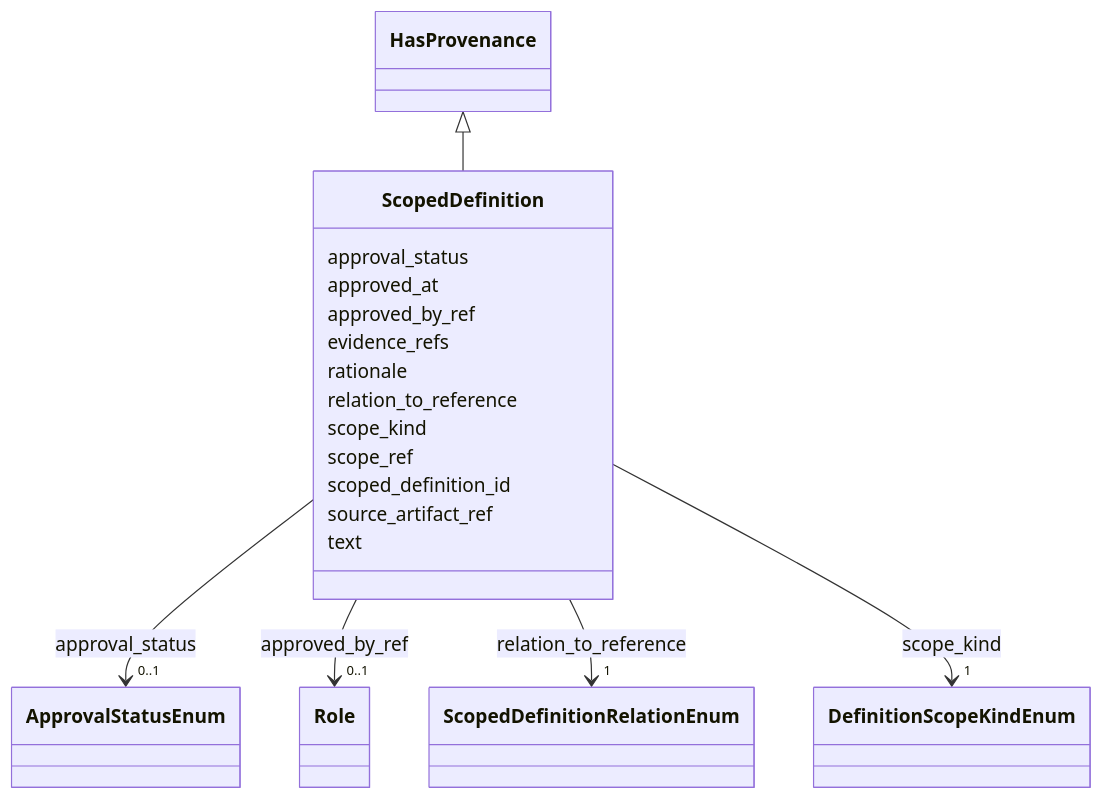
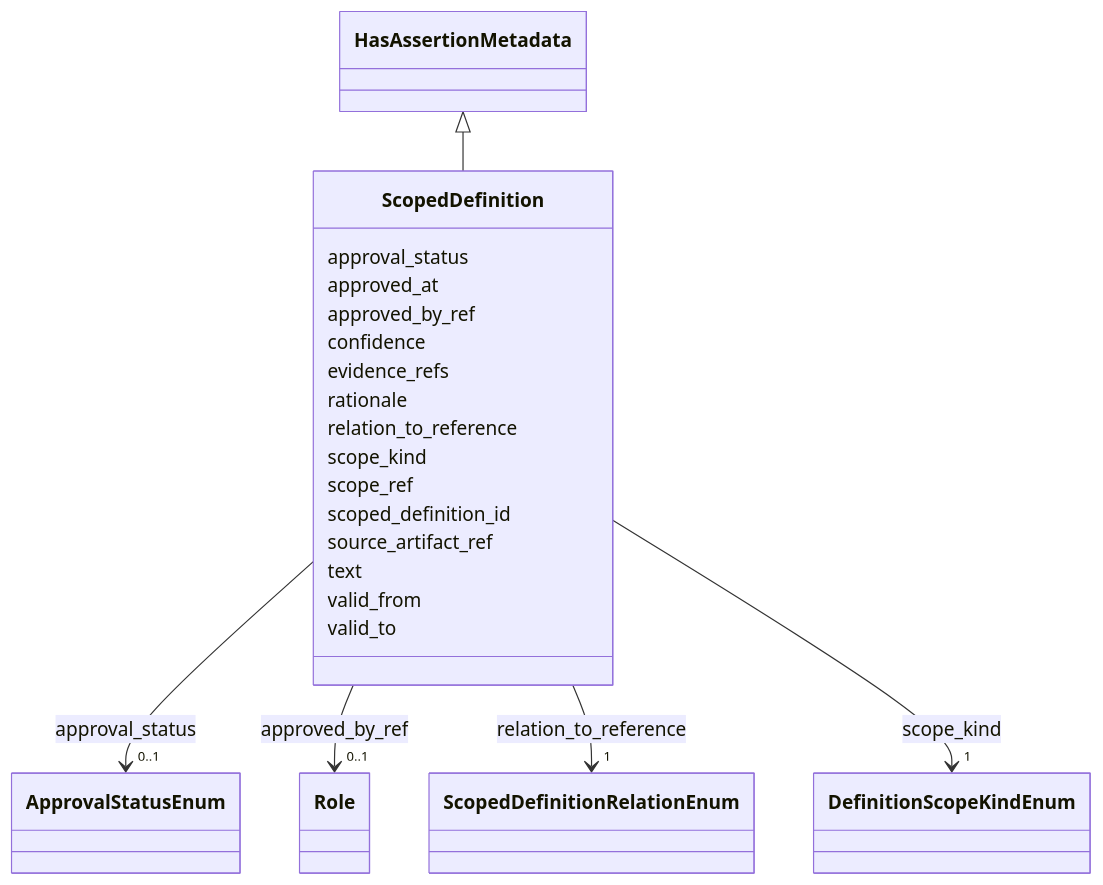
Before and after one commit to oista/moex-data-model: the diagram in generated/artifacts/moex-dams/0.1/diagrams/ScopedDefinition.md, drawn with Mermaid. The commit also changed 49 other files, not shown here.

First line of the commit message:
feat(schema): HasAssertionMetadata mixin and INV-057 (ADR-053, 5.1.0)

````diff
--- a/generated/artifacts/moex-dams/0.1/diagrams/ScopedDefinition.md
+++ b/generated/artifacts/moex-dams/0.1/diagrams/ScopedDefinition.md
@@ -4,67 +4,73 @@
 ```mermaid
  classDiagram
     class ScopedDefinition
     click ScopedDefinition href "../ScopedDefinition"
-      HasProvenance <|-- ScopedDefinition
-        click HasProvenance href "../HasProvenance"
+      HasAssertionMetadata <|-- ScopedDefinition
+        click HasAssertionMetadata href "../HasAssertionMetadata"
       
       ScopedDefinition : approval_status
         
           
     
         
         
         ScopedDefinition --> "0..1" ApprovalStatusEnum : approval_status
         click ApprovalStatusEnum href "../ApprovalStatusEnum"
     
 
         
       ScopedDefinition : approved_at
         
       ScopedDefinition : approved_by_ref
         
           
     
         
         
         ScopedDefinition --> "0..1" Role : approved_by_ref
         click Role href "../Role"
     
 
+        
+      ScopedDefinition : confidence
         
       ScopedDefinition : evidence_refs
         
       ScopedDefinition : rationale
         
       ScopedDefinition : relation_to_reference
         
           
     
         
         
         ScopedDefinition --> "1" ScopedDefinitionRelationEnum : relation_to_reference
         click ScopedDefinitionRelationEnum href "../ScopedDefinitionRelationEnum"
     
 
         
       ScopedDefinition : scope_kind
         
           
     
         
         
         ScopedDefinition --> "1" DefinitionScopeKindEnum : scope_kind
         click DefinitionScopeKindEnum href "../DefinitionScopeKindEnum"
     
 
         
       ScopedDefinition : scope_ref
         
       ScopedDefinition : scoped_definition_id
         
       ScopedDefinition : source_artifact_ref
         
       ScopedDefinition : text
         
+      ScopedDefinition : valid_from
+        
+      ScopedDefinition : valid_to
+        
       
 ```
````
